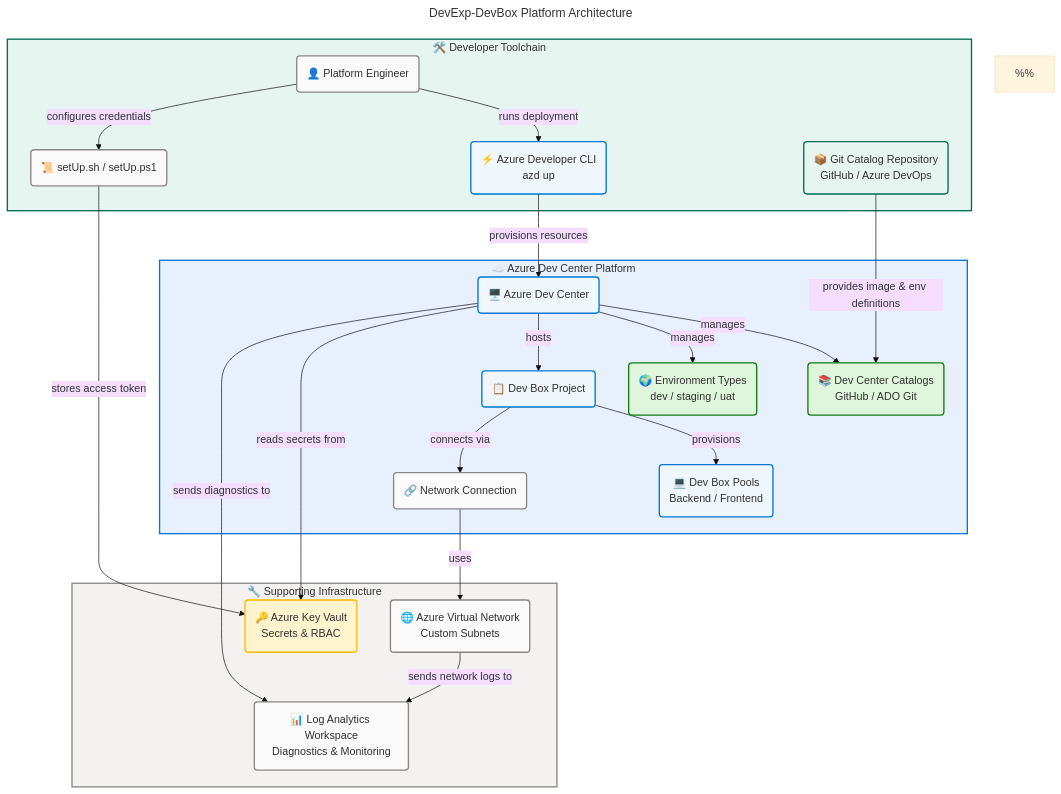
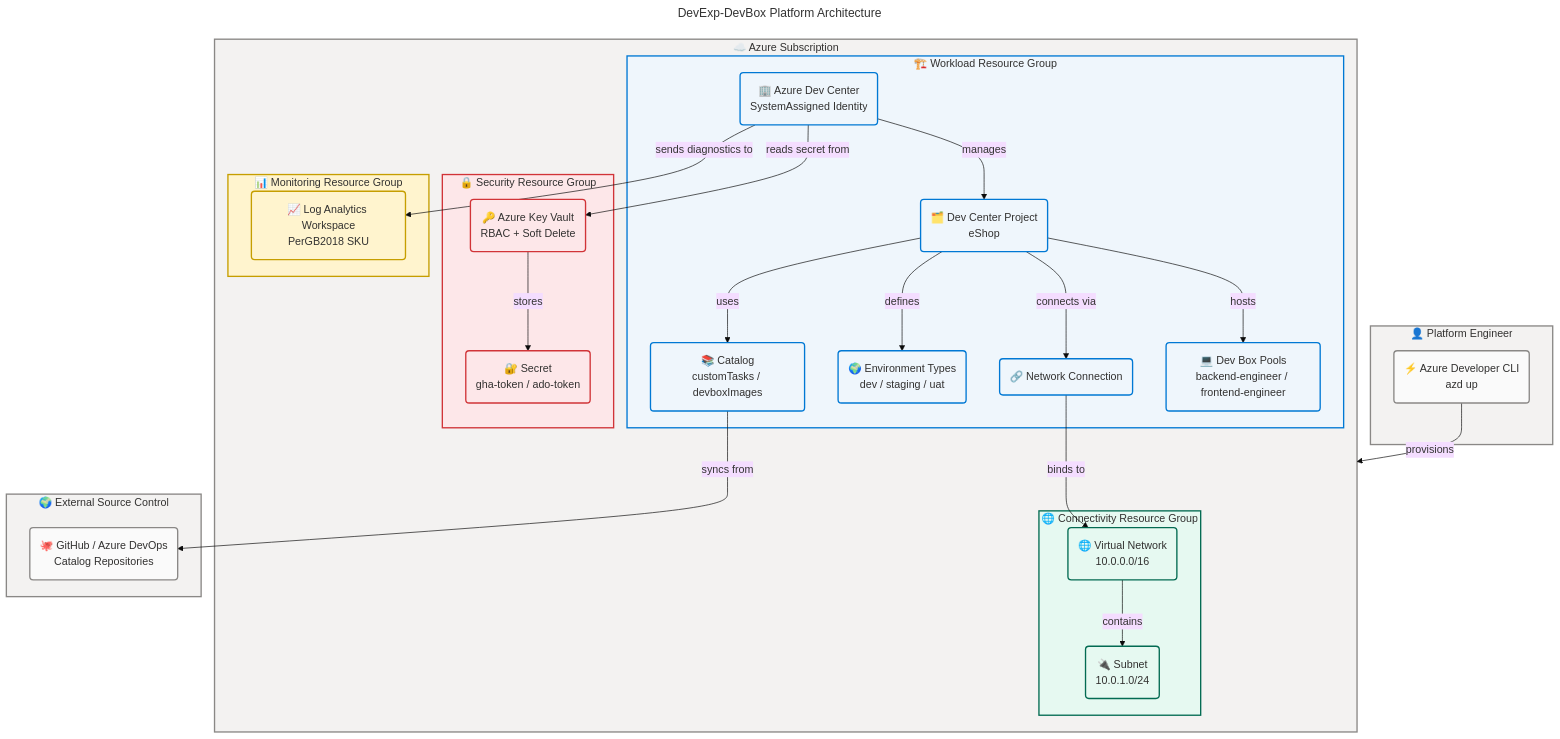
One commit to Evilazaro/DevExp-DevBox changed the diagram in README.md. Above: the diagram before and after it, drawn with Mermaid. The commit also changed other lines of this file, not shown here.

````diff
--- a/README.md
+++ b/README.md
@@ -83,83 +361,83 @@
   theme: base
   look: classic
   layout: dagre
-  themeVariables:
-    fontSize: '16px'
   flowchart:
     htmlLabels: true
 ---
 flowchart TB
     accTitle: DevExp-DevBox Azure Dev Box Platform Architecture
-    accDescr: Technology provisioning flow — developer toolchain provisions Azure Dev Center with projects, role-specific pools, catalogs, environment types, Key Vault for secrets, Log Analytics for monitoring, and Virtual Network for connectivity. Developer=neutral, AzdCLI=core, SetupScript=neutral, GitRepo=external, DC=core, Catalogs=success, EnvTypes=success, Project=core, Pools=core, NetConn=neutral, KeyVault=warning, LogAnalytics=neutral, VNet=neutral. WCAG AA compliant.
+    accDescr: Platform architecture with azd CLI orchestrating subscription-scope Bicep deployment. Dev Center in Workload RG integrates Key Vault in Security RG, Log Analytics in Monitoring RG, and VNet in Connectivity RG. Catalog syncs from external GitHub or ADO repos. WCAG AA compliant.
 
-    %%
+    %% ═══════════════════════════════════════════════════════════════════════════
     %% AZURE / FLUENT ARCHITECTURE PATTERN v2.0
     %% (Semantic + Structural + Font + Accessibility Governance)
-    %%
+    %% ═══════════════════════════════════════════════════════════════════════════
     %% PHASE 1 - FLUENT UI: All styling uses approved Fluent UI palette only
     %% PHASE 2 - GROUPS: Every subgraph has semantic color via style directive
     %% PHASE 3 - COMPONENTS: Every node has semantic classDef + icon prefix
     %% PHASE 4 - ACCESSIBILITY: accTitle/accDescr present, WCAG AA contrast
     %% PHASE 5 - STANDARD: Governance block present, classDefs centralized
-    %%
+    %% ═══════════════════════════════════════════════════════════════════════════
 
-    %% ─── TOGAF BDAT METADATA ────────────────────────────────────────────────
-    %% BDAT Domain:   Technology Architecture (provisioning flow)
-    %% Viewpoint:     Infrastructure Provisioning View
-    %% Stakeholders:  Platform Engineering Teams, DevOps Practitioners
-    %% Purpose:       Documents end-to-end Dev Box platform provisioning
-    %%                sequence from developer toolchain to Azure Dev Center
-    %% Traceability:  infra/settings/workload/devcenter.yaml
-    %%                infra/settings/security/security.yaml
-    %%                infra/main.bicep | azure.yaml
-    %%                Azure CAF Landing Zone principles
-    %% ────────────────────────────────────────────────────────────────────────
-
-    subgraph devtools ["🛠️ Developer Toolchain"]
-        Developer("👤 Platform Engineer"):::neutral
-        AzdCLI("⚡ Azure Developer CLI<br/>azd up"):::core
-        SetupScript("📜 setUp.sh / setUp.ps1"):::neutral
-        GitRepo("📦 Git Catalog Repository<br/>GitHub / Azure DevOps"):::external
+    subgraph developer["👤 Platform Engineer"]
+        devCLI("⚡ Azure Developer CLI<br/>azd up"):::neutral
     end
 
-    subgraph devcenter ["☁️ Azure Dev Center Platform"]
-        DC("🖥️ Azure Dev Center"):::core
-        Catalogs("📚 Dev Center Catalogs<br/>GitHub / ADO Git"):::success
-        EnvTypes("🌍 Environment Types<br/>dev / staging / uat"):::success
-        Project("📋 Dev Box Project"):::core
-        Pools("💻 Dev Box Pools<br/>Backend / Frontend"):::core
-        NetConn("🔗 Network Connection"):::neutral
+    subgraph subscription["☁️ Azure Subscription"]
+
+        subgraph workloadRG["🏗️ Workload Resource Group"]
+            devCenter("🏢 Azure Dev Center<br/>SystemAssigned Identity"):::core
+            project("🗂️ Dev Center Project<br/>eShop"):::core
+            catalog("📚 Catalog<br/>customTasks / devboxImages"):::core
+            envType("🌍 Environment Types<br/>dev / staging / uat"):::core
+            netConn("🔗 Network Connection"):::core
+            pool("💻 Dev Box Pools<br/>backend-engineer / frontend-engineer"):::core
+        end
+
+        subgraph securityRG["🔒 Security Resource Group"]
+            keyVault("🔑 Azure Key Vault<br/>RBAC + Soft Delete"):::security
+            secret("🔐 Secret<br/>gha-token / ado-token"):::security
+        end
+
+        subgraph monitoringRG["📊 Monitoring Resource Group"]
+            logAnalytics("📈 Log Analytics Workspace<br/>PerGB2018 SKU"):::monitoring
+        end
+
+        subgraph connectivityRG["🌐 Connectivity Resource Group"]
+            vnet("🌐 Virtual Network<br/>10.0.0.0/16"):::data
+            subnet("🔌 Subnet<br/>10.0.1.0/24"):::data
+        end
+
     end
 
-    subgraph support ["🔧 Supporting Infrastructure"]
-        KeyVault("🔑 Azure Key Vault<br/>Secrets & RBAC"):::warning
-        LogAnalytics("📊 Log Analytics Workspace<br/>Diagnostics & Monitoring"):::neutral
-        VNet("🌐 Azure Virtual Network<br/>Custom Subnets"):::neutral
+    subgraph external["🌍 External Source Control"]
+        github("🐙 GitHub / Azure DevOps<br/>Catalog Repositories"):::neutral
     end
 
-    Developer -->|"runs deployment"| AzdCLI
-    Developer -->|"configures credentials"| SetupScript
-    AzdCLI -->|"provisions resources"| DC
-    SetupScript -->|"stores access token"| KeyVault
-    GitRepo -->|"provides image & env definitions"| Catalogs
-    DC -->|"manages"| Catalogs
-    DC -->|"manages"| EnvTypes
-    DC -->|"hosts"| Project
-    DC -->|"reads secrets from"| KeyVault
-    DC -->|"sends diagnostics to"| LogAnalytics
-    Project -->|"provisions"| Pools
-    Project -->|"connects via"| NetConn
-    NetConn -->|"uses"| VNet
-    VNet -->|"sends network logs to"| LogAnalytics
+    devCLI -->|"provisions"| subscription
+    devCenter -->|"reads secret from"| keyVault
+    devCenter -->|"sends diagnostics to"| logAnalytics
+    keyVault -->|"stores"| secret
+    devCenter -->|"manages"| project
+    project -->|"uses"| catalog
+    project -->|"defines"| envType
+    project -->|"connects via"| netConn
+    project -->|"hosts"| pool
+    netConn -->|"binds to"| vnet
+    vnet -->|"contains"| subnet
+    catalog -->|"syncs from"| github
 
-    style devtools fill:#E6F5F0,stroke:#036B52,stroke-width:2px,color:#323130
-    style devcenter fill:#E8F0FE,stroke:#0078D4,stroke-width:2px,color:#323130
-    style support fill:#F3F2F1,stroke:#8A8886,stroke-width:2px,color:#323130
+    style developer fill:#F3F2F1,stroke:#8A8886,stroke-width:2px,color:#323130
+    style subscription fill:#F3F2F1,stroke:#8A8886,stroke-width:2px,color:#323130
+    style workloadRG fill:#EFF6FC,stroke:#0078D4,stroke-width:2px,color:#323130
+    style securityRG fill:#FDE7E9,stroke:#D13438,stroke-width:2px,color:#323130
+    style monitoringRG fill:#FFF4CE,stroke:#C69E00,stroke-width:2px,color:#323130
+    style connectivityRG fill:#E6F9F1,stroke:#036B52,stroke-width:2px,color:#323130
+    style external fill:#F3F2F1,stroke:#8A8886,stroke-width:2px,color:#323130
 
-    %% Centralized semantic classDefs (Phase 5 compliant)
     classDef core fill:#EFF6FC,stroke:#0078D4,stroke-width:2px,color:#323130
-    classDef success fill:#DFF6DD,stroke:#107C10,stroke-width:2px,color:#323130
-    classDef warning fill:#FFF4CE,stroke:#FFB900,stroke-width:2px,color:#323130
+    classDef security fill:#FDE7E9,stroke:#D13438,stroke-width:2px,color:#323130
+    classDef monitoring fill:#FFF4CE,stroke:#C69E00,stroke-width:2px,color:#323130
+    classDef data fill:#E6F9F1,stroke:#036B52,stroke-width:2px,color:#323130
     classDef neutral fill:#FAFAFA,stroke:#8A8886,stroke-width:2px,color:#323130
-    classDef external fill:#E6F5F0,stroke:#036B52,stroke-width:2px,color:#323130
 ```
````
